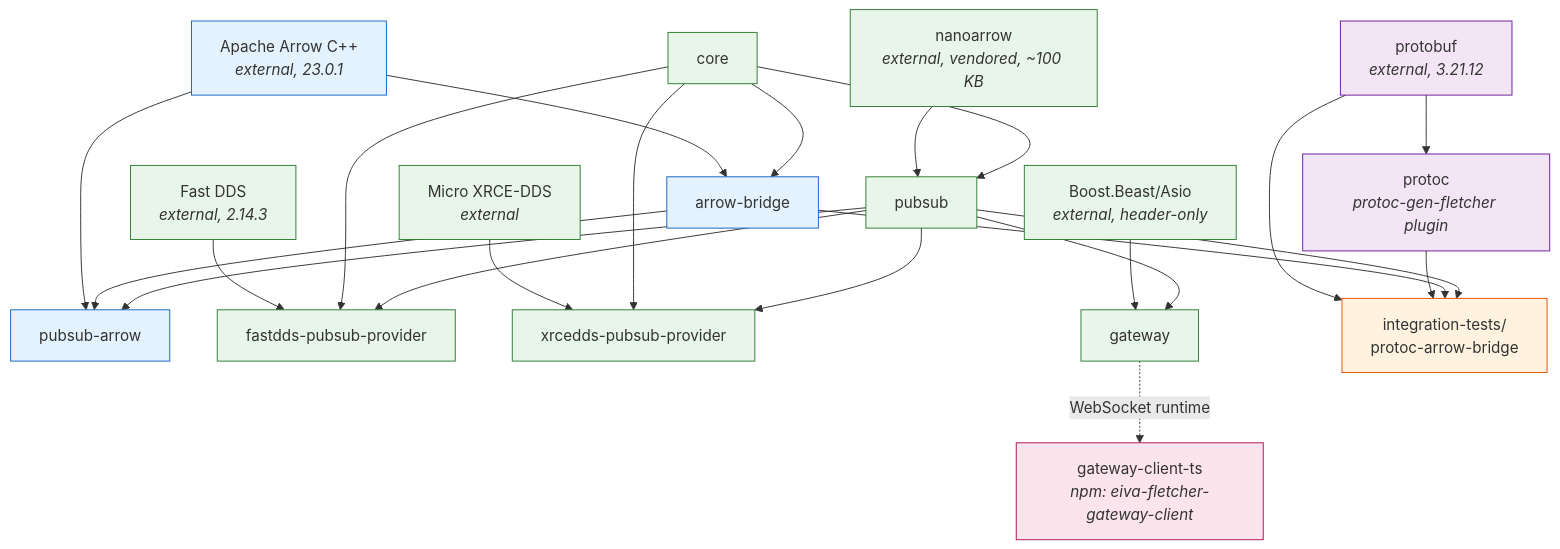
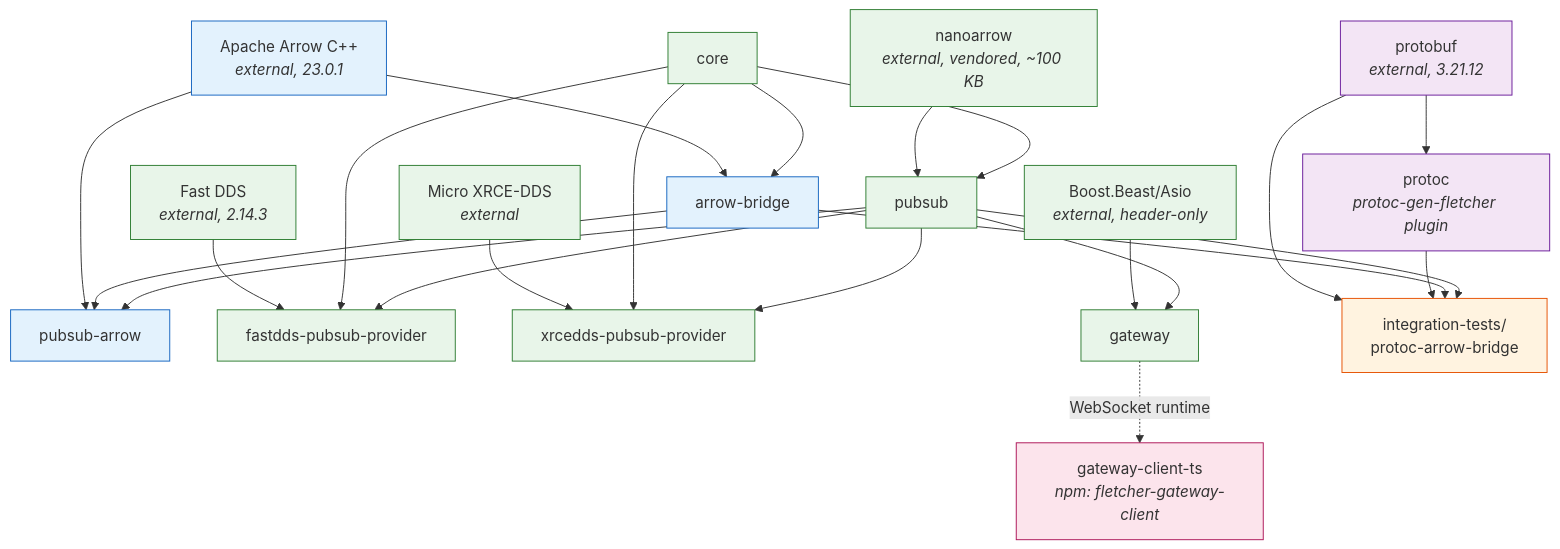
The third of 5 diagrams in docs/component-diagram.md (eivacom/Fletcher), drawn with Mermaid before and after one commit. The commit also changed other lines of this file and 82 other files, not shown here.

First line of the commit message:
Complete the eiva-fletcher-* → fletcher-* rename cascade

````diff
--- a/docs/component-diagram.md
+++ b/docs/component-diagram.md
@@ -114,67 +114,67 @@
 ```mermaid
 graph TB
     NANOARROW["nanoarrow<br/><i>external, vendored, ~100 KB</i>"]
     PROTOBUF["protobuf<br/><i>external, 3.21.12</i>"]
     ARROW_CPP["Apache Arrow C++<br/><i>external, 23.0.1</i>"]
     BEAST["Boost.Beast/Asio<br/><i>external, header-only</i>"]
     FAST_DDS["Fast DDS<br/><i>external, 2.14.3</i>"]
     XRCE_DDS["Micro XRCE-DDS<br/><i>external</i>"]
 
     CORE["core"]
     PUBSUB["pubsub"]
     CODEC["arrow-bridge"]
     PUBSUB_ARROW["pubsub-arrow"]
     FASTDDS_PROV["fastdds-pubsub-provider"]
     XRCE_PROV["xrcedds-pubsub-provider"]
     WEB_GW["gateway"]
     PROTOC["protoc<br/><i>protoc-gen-fletcher plugin</i>"]
     PROTO_INT["integration-tests/<br/>protoc-arrow-bridge"]
-    GW_CLIENT["gateway-client-ts<br/><i>npm: eiva-fletcher-gateway-client</i>"]
+    GW_CLIENT["gateway-client-ts<br/><i>npm: fletcher-gateway-client</i>"]
 
     CORE --> PUBSUB
     NANOARROW --> PUBSUB
 
     CORE --> CODEC
     ARROW_CPP --> CODEC
 
     PUBSUB --> FASTDDS_PROV
     CORE --> FASTDDS_PROV
     FAST_DDS --> FASTDDS_PROV
 
     PUBSUB --> XRCE_PROV
     CORE --> XRCE_PROV
     XRCE_DDS --> XRCE_PROV
 
     PUBSUB --> PUBSUB_ARROW
     CODEC --> PUBSUB_ARROW
     ARROW_CPP --> PUBSUB_ARROW
 
     PUBSUB --> WEB_GW
     BEAST --> WEB_GW
 
     PROTOBUF --> PROTOC
 
     PUBSUB --> PROTO_INT
     CODEC --> PROTO_INT
     PROTOC --> PROTO_INT
     PROTOBUF --> PROTO_INT
 
     WEB_GW -.->|WebSocket runtime| GW_CLIENT
 
     style CORE fill:#e8f5e9,stroke:#2e7d32
     style NANOARROW fill:#e8f5e9,stroke:#2e7d32
     style PUBSUB fill:#e8f5e9,stroke:#2e7d32
     style FASTDDS_PROV fill:#e8f5e9,stroke:#2e7d32
     style XRCE_PROV fill:#e8f5e9,stroke:#2e7d32
     style WEB_GW fill:#e8f5e9,stroke:#2e7d32
     style FAST_DDS fill:#e8f5e9,stroke:#2e7d32
     style XRCE_DDS fill:#e8f5e9,stroke:#2e7d32
     style BEAST fill:#e8f5e9,stroke:#2e7d32
     style CODEC fill:#e3f2fd,stroke:#1565c0
     style PUBSUB_ARROW fill:#e3f2fd,stroke:#1565c0
     style ARROW_CPP fill:#e3f2fd,stroke:#1565c0
     style PROTOC fill:#f3e5f5,stroke:#6a1b9a
     style PROTOBUF fill:#f3e5f5,stroke:#6a1b9a
     style PROTO_INT fill:#fff3e0,stroke:#e65100
     style GW_CLIENT fill:#fce4ec,stroke:#ad1457
 ```
````
